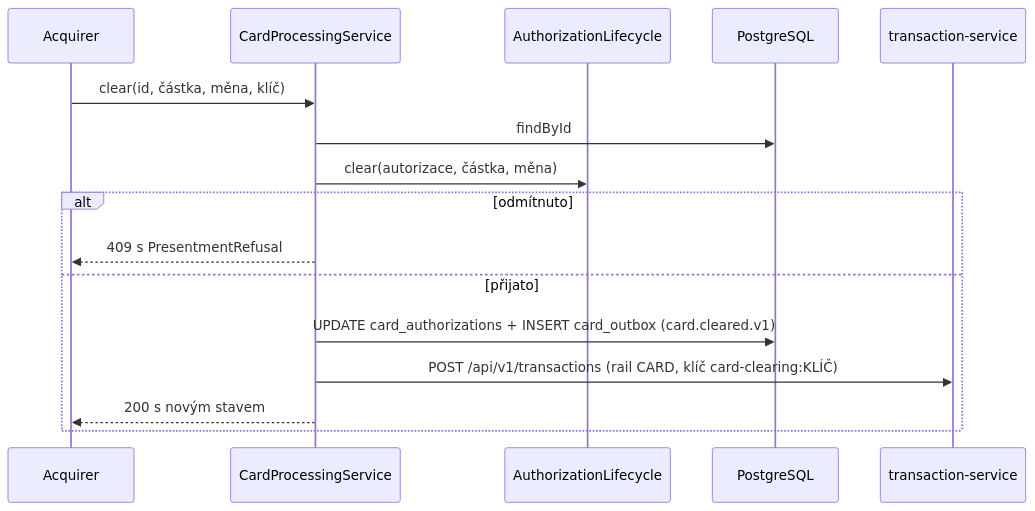
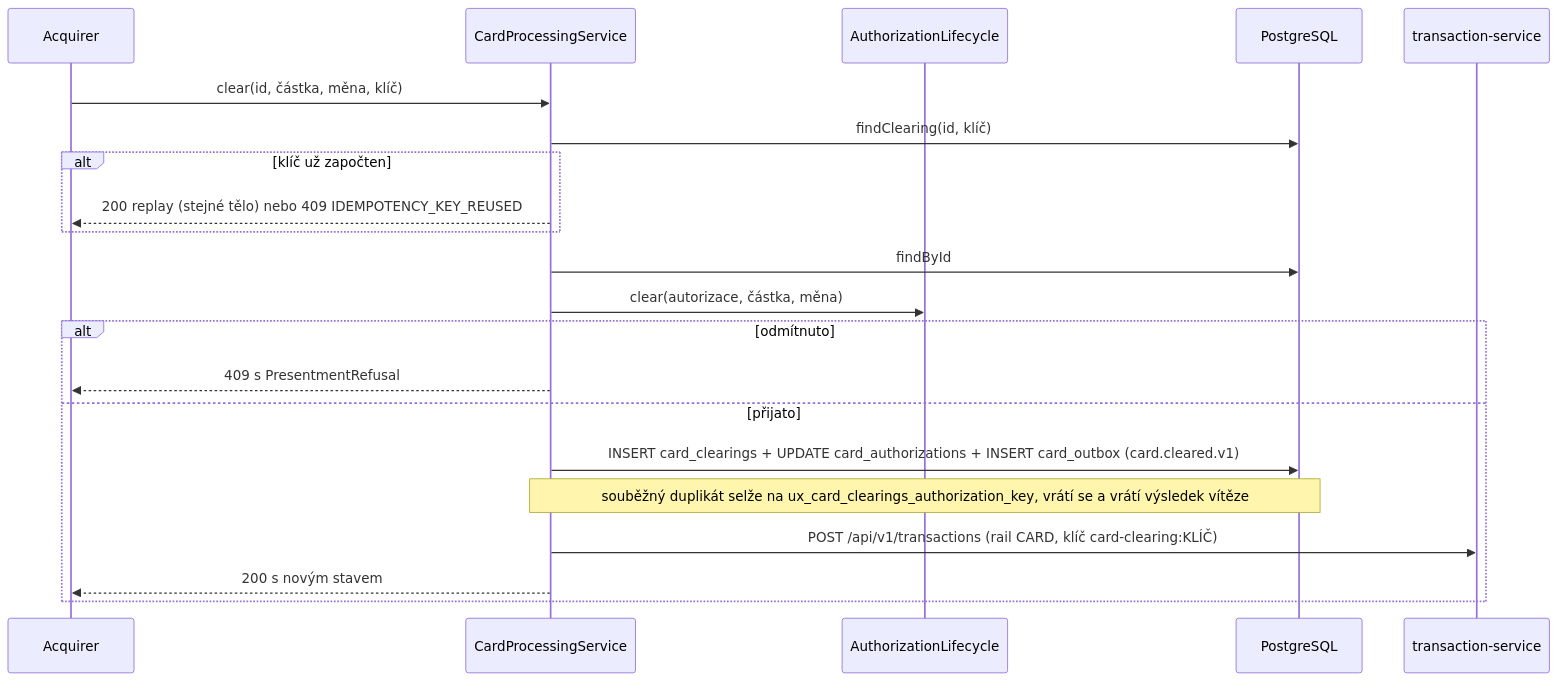
The fourth of 5 diagrams in openbank-card-processing-service/src/main/resources/docs/02-architecture.cs.md (JiRaska/open-bank-oss), drawn with Mermaid before and after one commit. The commit also changed other lines of this file and 18 other files, not shown here.

First line of the commit message:
fix(card-processing): apply each clearing once per key

````diff
--- a/openbank-card-processing-service/src/main/resources/docs/02-architecture.cs.md
+++ b/openbank-card-processing-service/src/main/resources/docs/02-architecture.cs.md
@@ -123,19 +123,24 @@
 ```mermaid
 sequenceDiagram
   participant A as Acquirer
   participant S as CardProcessingService
   participant L as AuthorizationLifecycle
   participant DB as PostgreSQL
   participant T as transaction-service
 
   A->>S: clear(id, částka, měna, klíč)
+  S->>DB: findClearing(id, klíč)
+  alt klíč už započten
+    S-->>A: 200 replay (stejné tělo) nebo 409 IDEMPOTENCY_KEY_REUSED
+  end
   S->>DB: findById
   S->>L: clear(autorizace, částka, měna)
   alt odmítnuto
     S-->>A: 409 s PresentmentRefusal
   else přijato
-    S->>DB: UPDATE card_authorizations + INSERT card_outbox (card.cleared.v1)
+    S->>DB: INSERT card_clearings + UPDATE card_authorizations + INSERT card_outbox (card.cleared.v1)
+    Note over S,DB: souběžný duplikát selže na ux_card_clearings_authorization_key, vrátí se a vrátí výsledek vítěze
     S->>T: POST /api/v1/transactions (rail CARD, klíč card-clearing:KLÍČ)
     S-->>A: 200 s novým stavem
   end
 ```
````
